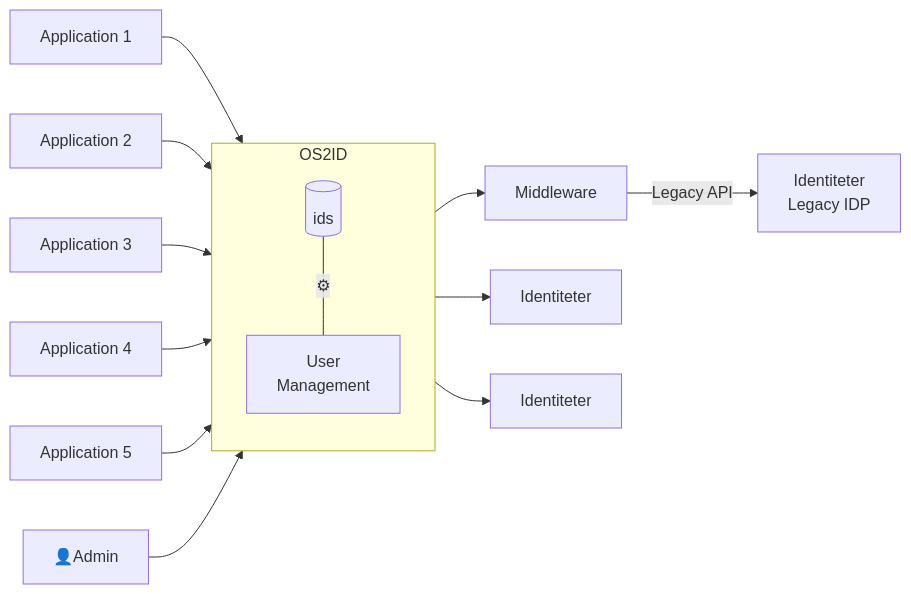
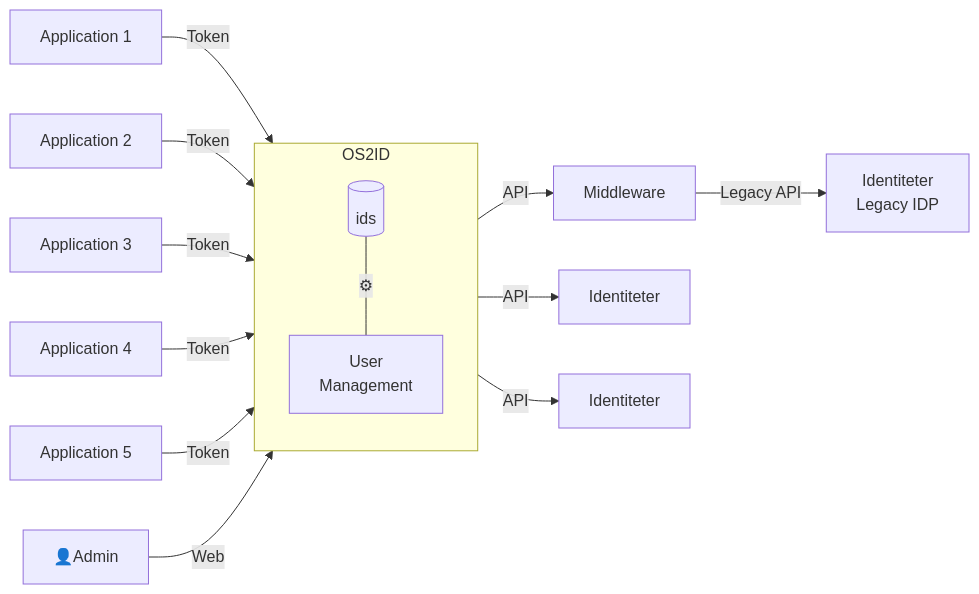
One commit to OS2sandbox/sandbox-myndighedsidentitet-issues changed the diagram in docs/High_Level_Architecture.md. Above: the diagram before and after it, drawn with Mermaid. The commit also changed other lines of this file, not shown here.

Commit message:
feat: added explanation of used terms

````diff
--- a/docs/High_Level_Architecture.md
+++ b/docs/High_Level_Architecture.md
@@ -5,17 +5,17 @@
 ```mermaid
 graph LR
 
 subgraph B[OS2ID]
     B1[(ids)]---|"⚙"|E[User\nManagement]
 end
-    A1[Application 1] --> B
-    A2[Application 2] --> B
-    A3[Application 3] --> B
-    A4[Application 4] --> B
-    A5[Application 5] --> B
-    B --> D[Middleware]
-    B --> C1[Identiteter]
-    B --> C2[Identiteter]
+    A1[Application 1] -->|Token| B
+    A2[Application 2] -->|Token| B
+    A3[Application 3] -->|Token| B
+    A4[Application 4] -->|Token| B
+    A5[Application 5] -->|Token| B
+    B -->|API| D[Middleware]
+    B -->|API| C1[Identiteter]
+    B -->|API| C2[Identiteter]
     D -->|Legacy API|C3[Identiteter \n Legacy IDP]
-    U["👤Admin"] -->B
+    U["👤Admin"] -->|Web| B
 ```
````
